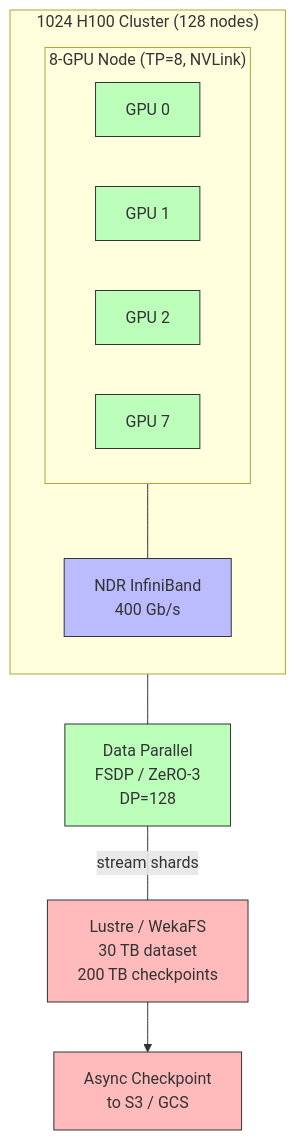
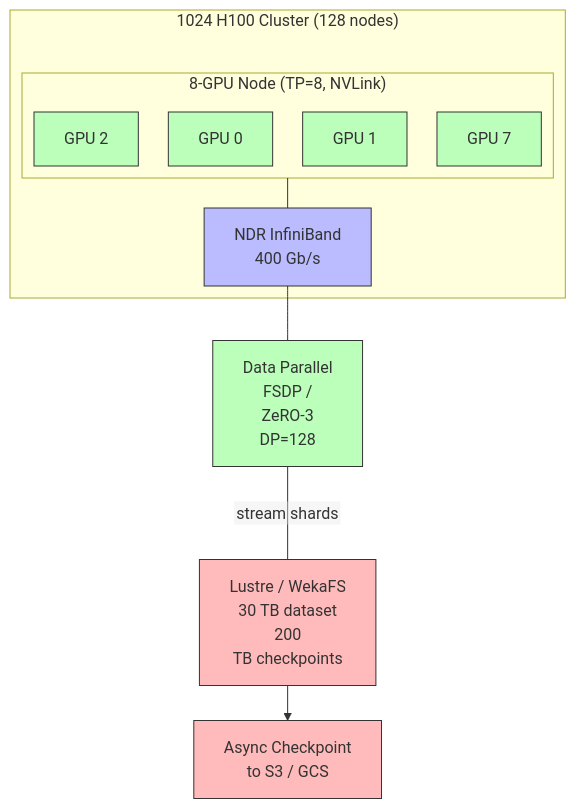
Before and after one commit to Wty2003328/ai_infra_intro: the second of 7 diagrams in ai_infra/interview_prep/System_Design_Interview.md, drawn with Mermaid. The commit also changed other lines of this file and 108 other files, not shown here.

````diff
--- a/ai_infra/interview_prep/System_Design_Interview.md
+++ b/ai_infra/interview_prep/System_Design_Interview.md
@@ -127,27 +128,28 @@
 ```mermaid
+%%{init: {"flowchart": {"defaultRenderer": "elk", "nodeSpacing": 60, "rankSpacing": 60, "htmlLabels": false}}}%%
 flowchart TB
     classDef compute fill:#bfb,stroke:#333,stroke-width:1px
     classDef network fill:#bbf,stroke:#333,stroke-width:1px
     classDef storage fill:#fbb,stroke:#333,stroke-width:1px
 
     subgraph Cluster["1024 H100 Cluster (128 nodes)"]
         direction TB
         subgraph Node["8-GPU Node (TP=8, NVLink)"]
             G0[GPU 0]:::compute
             G1[GPU 1]:::compute
             G2[GPU 2]:::compute
             G7[GPU 7]:::compute
         end
         IB[NDR InfiniBand\n400 Gb/s]:::network
         Node --- IB
     end
 
-    DP[Data Parallel\nFSDP / ZeRO-3\nDP=128]:::compute
+    DP[Data Parallel\nFSDP /<br/>ZeRO-3\nDP=128]:::compute
     IB --- DP
 
-    Lustre[Lustre / WekaFS\n30 TB dataset\n200 TB checkpoints]:::storage
+    Lustre[Lustre / WekaFS\n30 TB dataset\n200<br/>TB checkpoints]:::storage
     DP ---|stream shards| Lustre
 
     DCP[Async Checkpoint\nto S3 / GCS]:::storage
     Lustre --> DCP
 ```
````
